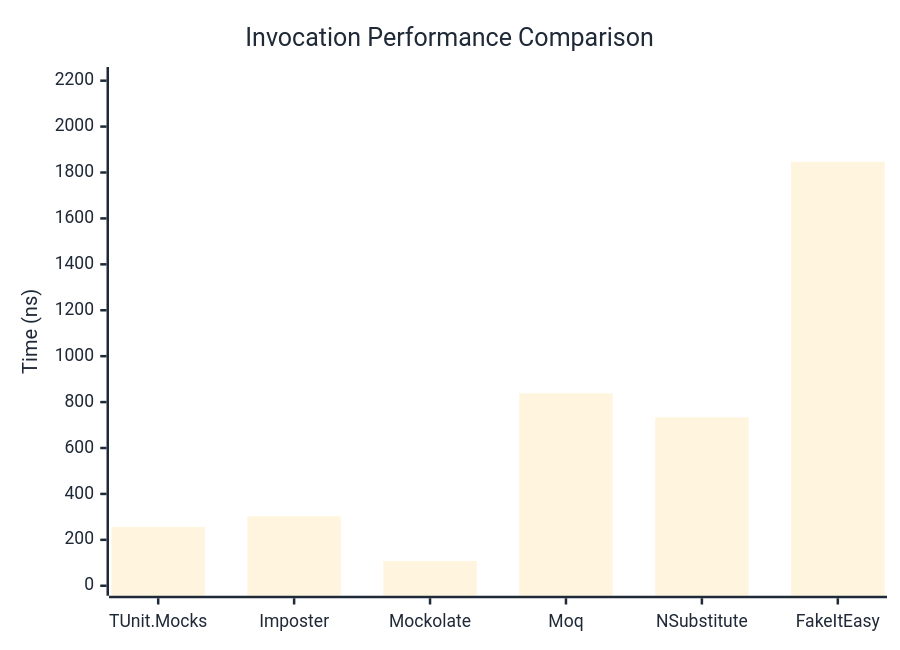
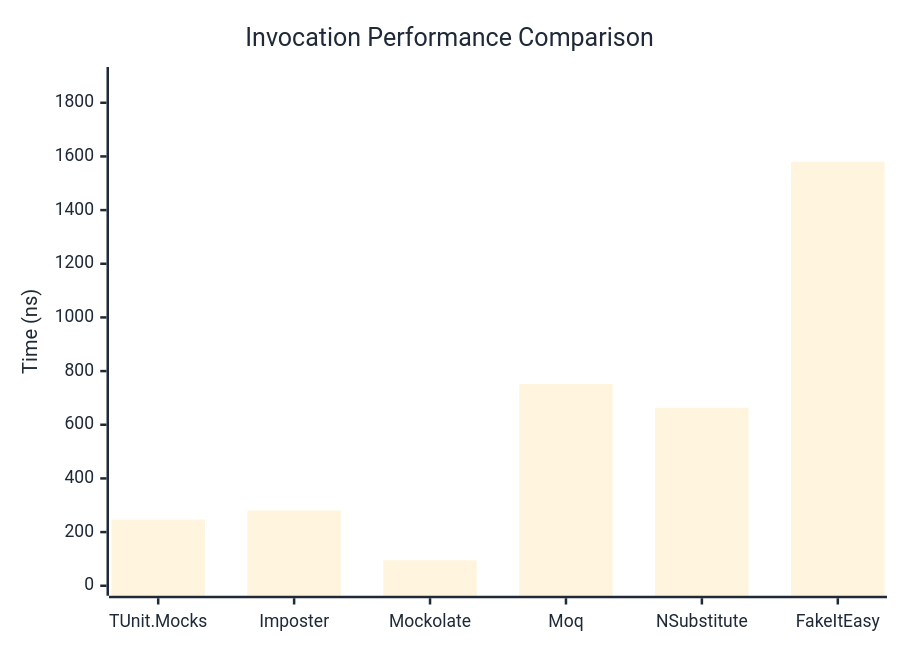
Before and after one commit to thomhurst/TUnit: the first of 3 diagrams in docs/docs/benchmarks/mocks/Invocation.md, drawn with Mermaid. The commit also changed other lines of this file and 14 other files, not shown here.

````diff
--- a/docs/docs/benchmarks/mocks/Invocation.md
+++ b/docs/docs/benchmarks/mocks/Invocation.md
@@ -28,27 +28,27 @@
 ```mermaid
 %%{init: {
   'theme':'base',
   'themeVariables': {
     'primaryColor': '#2563eb',
     'primaryTextColor': '#1f2937',
     'primaryBorderColor': '#1e40af',
     'lineColor': '#6b7280',
     'secondaryColor': '#7c3aed',
     'tertiaryColor': '#dc2626',
     'background': '#ffffff',
     'pie1': '#2563eb',
     'pie2': '#7c3aed',
     'pie3': '#dc2626',
     'pie4': '#f59e0b',
     'pie5': '#10b981',
     'pie6': '#06b6d4',
     'pie7': '#ec4899',
     'pie8': '#6366f1'
   }
 }}%%
 xychart-beta
   title "Invocation Performance Comparison"
   x-axis ["TUnit.Mocks", "Imposter", "Mockolate", "Moq", "NSubstitute", "FakeItEasy"]
-  y-axis "Time (ns)" 0 --> 2216
-  bar [256.6, 302.7, 108.1, 838.3, 733.4, 1846.6]
+  y-axis "Time (ns)" 0 --> 1896
+  bar [246.76, 280.67, 94.58, 751.58, 663.39, 1579.88]
 ```
````
